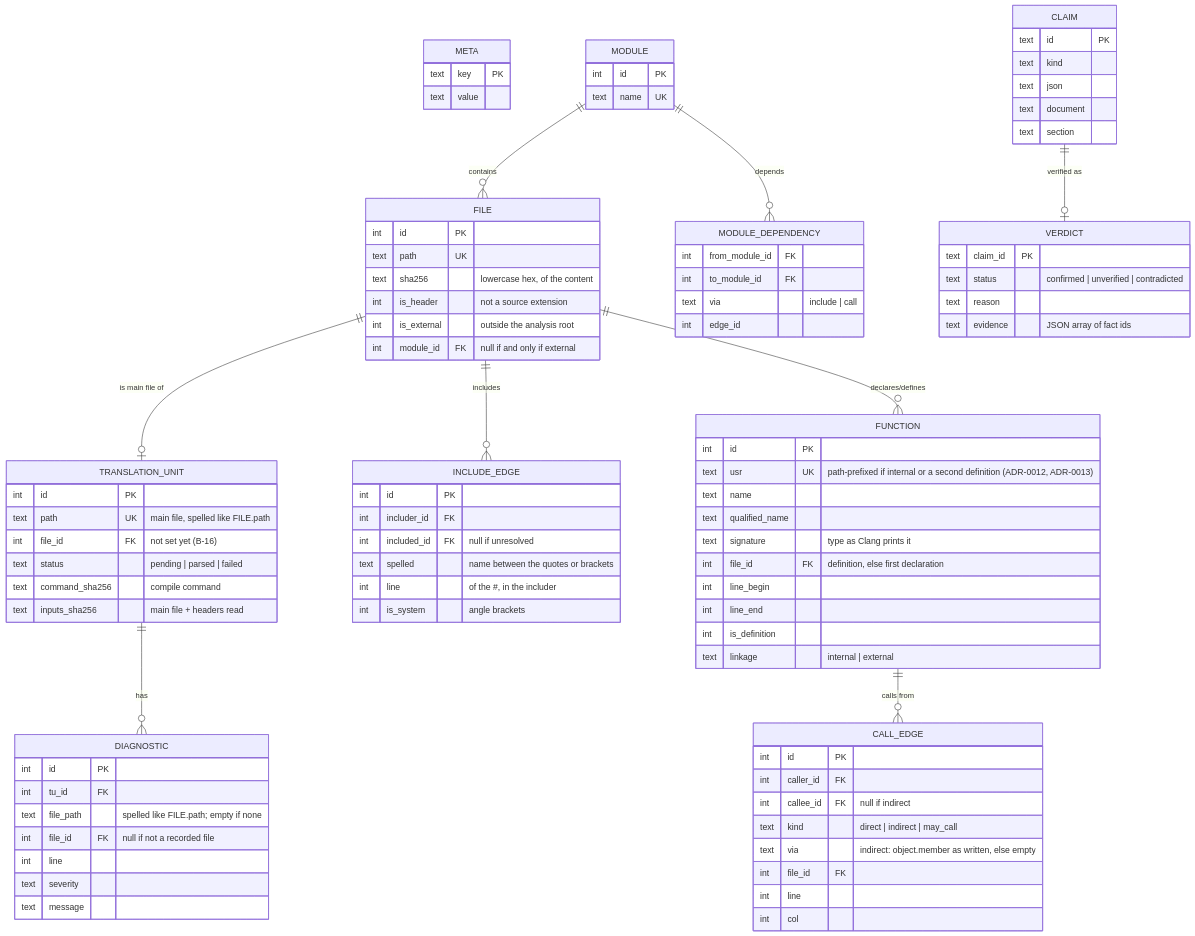
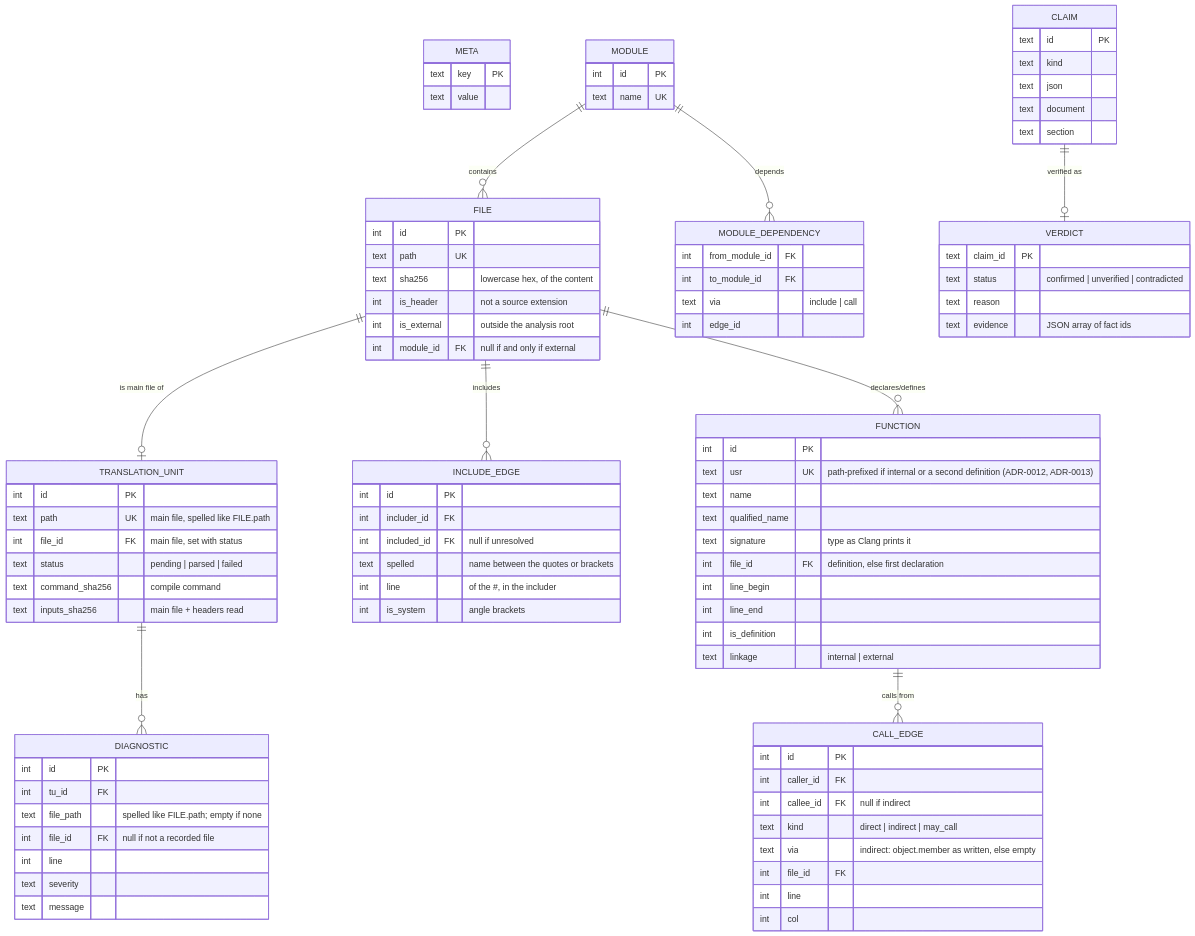
The diagram in docs/architecture/data-model.md (Tomek52/legacy-cartographer), drawn with Mermaid before and after one commit. The commit also changed other lines of this file and 7 other files, not shown here.

```diff
--- a/docs/architecture/data-model.md
+++ b/docs/architecture/data-model.md
@@ -19,7 +19,7 @@
     TRANSLATION_UNIT {
         int id PK
         text path UK "main file, spelled like FILE.path"
-        int file_id FK "not set yet (B-16)"
+        int file_id FK "main file, set with status"
         text status "pending | parsed | failed"
         text command_sha256 "compile command"
         text inputs_sha256 "main file + headers read"
```
